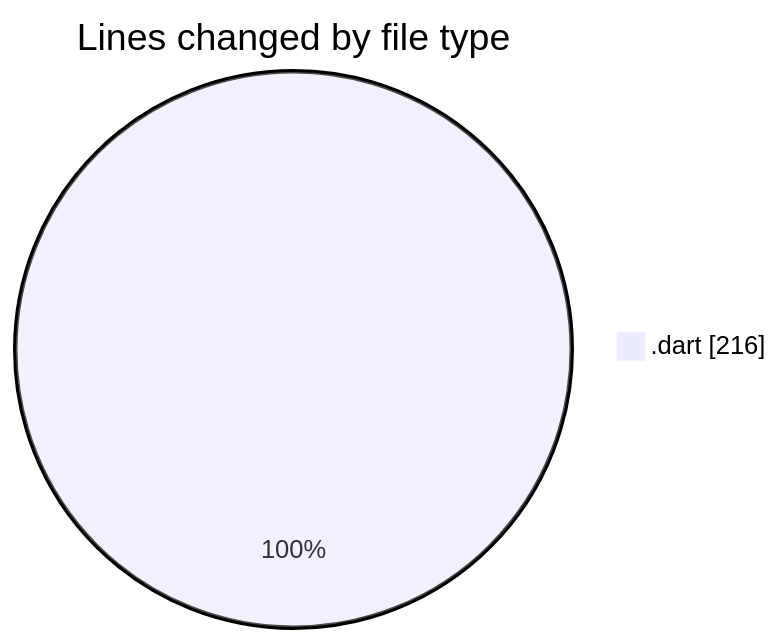
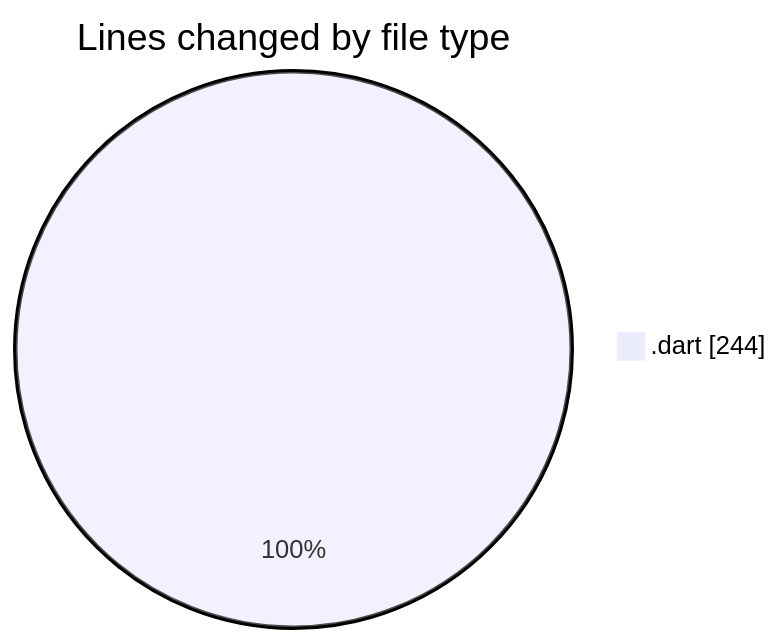
The first of 2 diagrams in 2025-03-25/wordle/README.md (donsfak/code-tracking), drawn with Mermaid before and after one commit. The commit also changed other lines of this file and 1 other file, not shown here.

````diff
--- a/2025-03-25/wordle/README.md
+++ b/2025-03-25/wordle/README.md
@@ -25,5 +26,5 @@
 ```mermaid
 pie showData
 title Lines changed by file type
-".dart" : 216
+".dart" : 244
 ```
````
